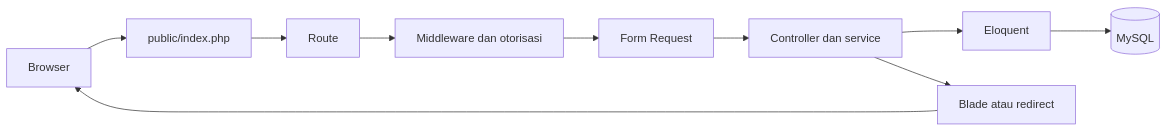
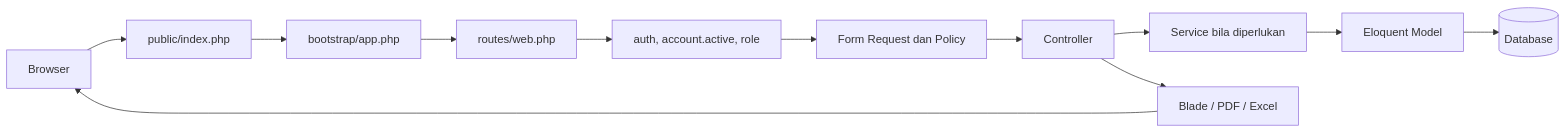
The diagram in docs/belajar-sekolahku/01-gambaran-besar.md (aditgaming1111111-jpg/UKK-2026), drawn with Mermaid before and after one commit. The commit also changed other lines of this file and 7 other files, not shown here.

````diff
--- a/docs/belajar-sekolahku/01-gambaran-besar.md
+++ b/docs/belajar-sekolahku/01-gambaran-besar.md
@@ -24,12 +21,14 @@
 ```mermaid
 flowchart LR
-    B[Browser] --> P[public/index.php]
-    P --> R[Route]
-    R --> M[Middleware dan otorisasi]
-    M --> F[Form Request]
-    F --> C[Controller dan service]
-    C --> E[Eloquent]
-    E --> D[(MySQL)]
-    C --> V[Blade atau redirect]
-    V --> B
+    U[Browser] --> P[public/index.php]
+    P --> B[bootstrap/app.php]
+    B --> R[routes/web.php]
+    R --> M[auth, account.active, role]
+    M --> Q[Form Request dan Policy]
+    Q --> C[Controller]
+    C --> S[Service bila diperlukan]
+    S --> E[Eloquent Model]
+    E --> D[(Database)]
+    C --> V[Blade / PDF / Excel]
+    V --> U
 ```
````
